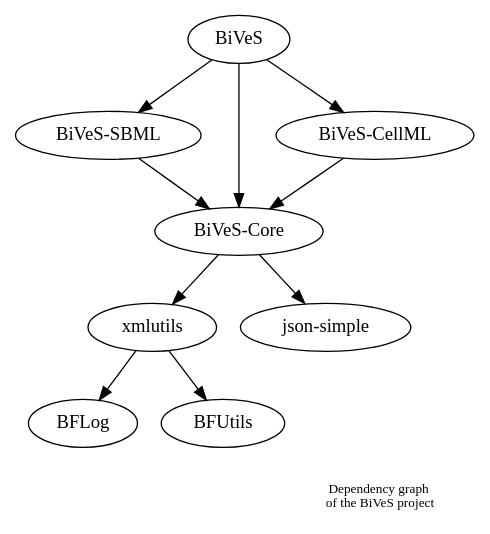
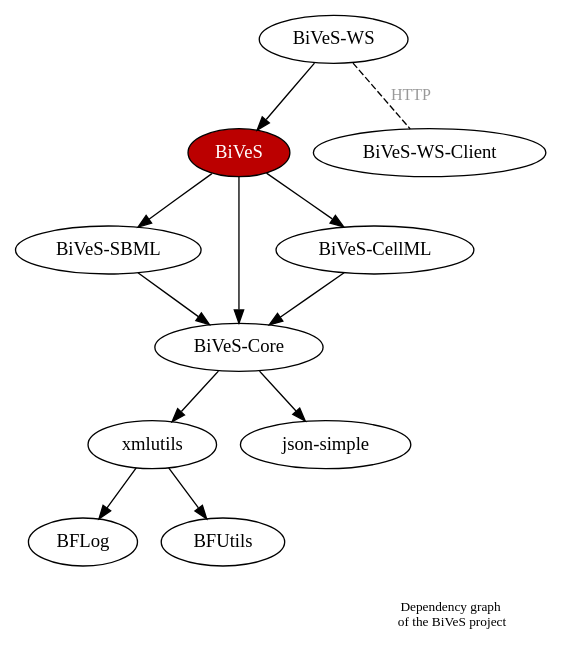
Before and after one commit to binfalse/BiVeS: the diagram in doc/dependency-graph.dot, drawn with Graphviz. The commit also changed 1 other file, not shown here.

Commit message:
updated dependency graph

```diff
--- a/doc/dependency-graph.dot
+++ b/doc/dependency-graph.dot
@@ -1,31 +1,41 @@
 digraph g
 {
 	bflog [label="BFLog"];
 	bfutils [label="BFUtils"];
 	xmlutils [label="xmlutils"];
 	json [label="json-simple"];
 	sbml [label="BiVeS-SBML"];
 	core [label="BiVeS-Core"];
 	cellml [label="BiVeS-CellML"];
-	fw [label="BiVeS"];
+	fw [label="BiVeS", style=filled,fillcolor="#BB0000",fontcolor="#ffffff"];
+	ws [label="BiVeS-WS"];
+	wsclient [label="BiVeS-WS-Client"];
 	
 	xmlutils -> bflog;
 	xmlutils -> bfutils;
 	
 	core -> xmlutils;
 	core -> json;
 	
 	sbml -> core;
 	cellml-> core;
 	
 	fw -> sbml;
 	fw -> core;
 	fw -> cellml;
 	
+	ws -> fw;
+	
+	subgraph Rel1 {
+		edge [dir=none, style=dashed, weight=.2]
+		ws -> wsclient [label="HTTP",fontcolor="#999999",fontsize=12.0];
+	}
+	
 	{ rank=same; sbml cellml }
+	{ rank=same; fw wsclient }
 	
 	label=<<br/> <br/>Dependency graph<br/> of the BiVeS project>;
 	labelloc=br;
 	labeljust=right;
 	fontsize=10;
 }
```
